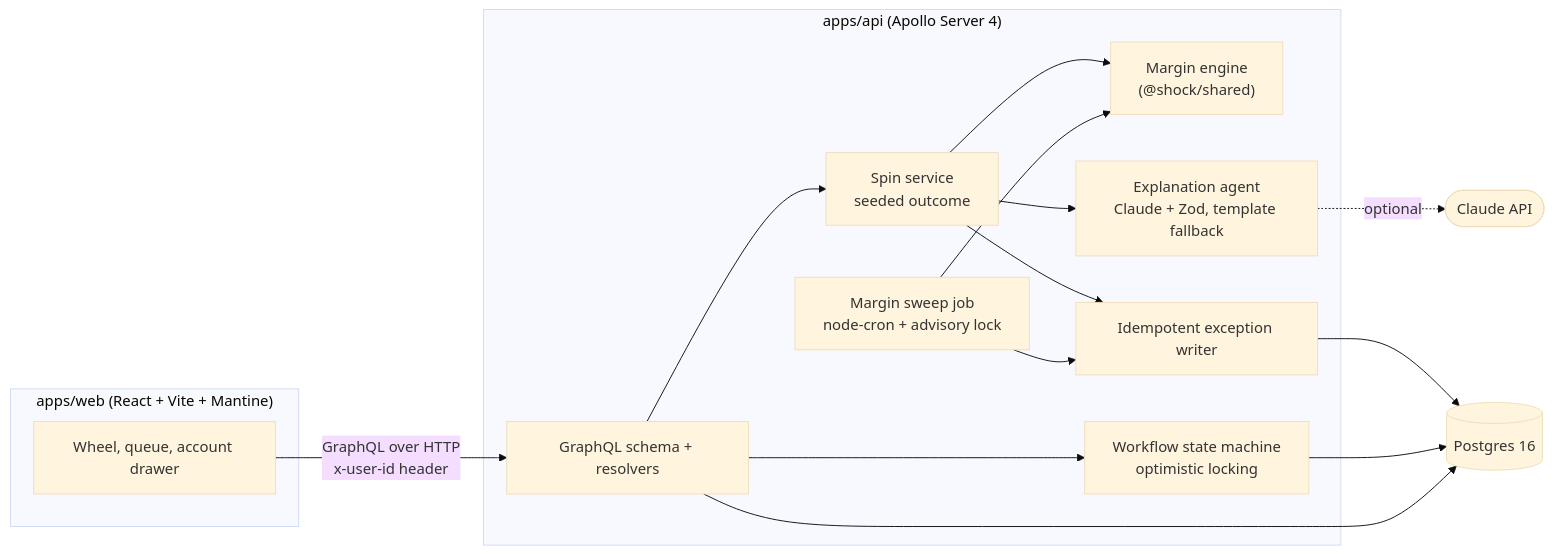
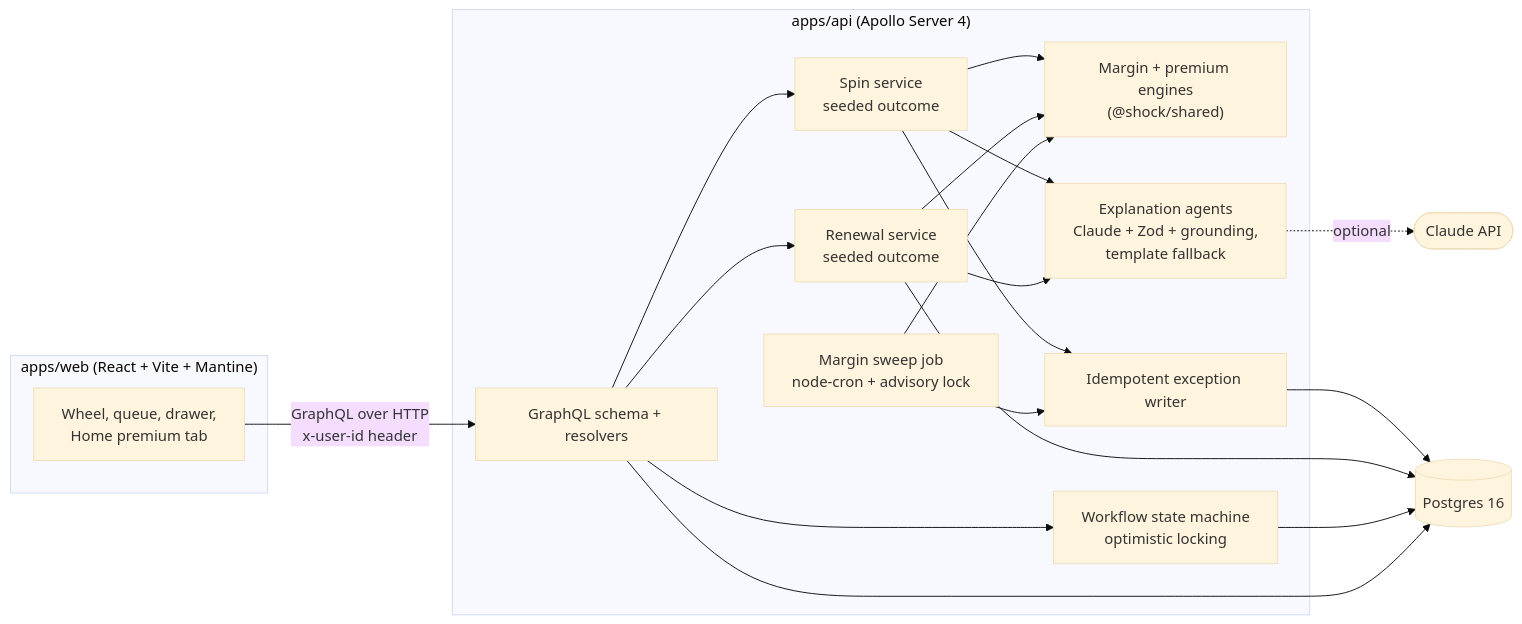
The diagram in README.md (Yohands123/shock-wheel), drawn with Mermaid (base theme) before and after one commit. The commit also changed other lines of this file, not shown here.

First line of the commit message:
README: Renewal roulette, premium engine, lock design and tests

````diff
--- a/README.md
+++ b/README.md
@@ -9,32 +11,37 @@
 ```mermaid
 flowchart LR
   subgraph web["apps/web (React + Vite + Mantine)"]
-    UI["Wheel, queue, account drawer"]
+    UI["Wheel, queue, drawer,<br/>Home premium tab"]
   end
 
   subgraph api["apps/api (Apollo Server 4)"]
     GQL["GraphQL schema + resolvers"]
     Spin["Spin service<br/>seeded outcome"]
-    Engine["Margin engine<br/>(@shock/shared)"]
+    Renewal["Renewal service<br/>seeded outcome"]
+    Engine["Margin + premium engines<br/>(@shock/shared)"]
     Writer["Idempotent exception writer"]
     Workflow["Workflow state machine<br/>optimistic locking"]
     Sweep["Margin sweep job<br/>node-cron + advisory lock"]
-    Agent["Explanation agent<br/>Claude + Zod, template fallback"]
+    Agent["Explanation agents<br/>Claude + Zod + grounding,<br/>template fallback"]
   end
 
   DB[("Postgres 16")]
   Claude(["Claude API"])
 
   UI -- "GraphQL over HTTP<br/>x-user-id header" --> GQL
   GQL --> Spin
+  GQL --> Renewal
   GQL --> Workflow
   Spin --> Engine
   Spin --> Agent
   Spin --> Writer
+  Renewal --> Engine
+  Renewal --> Agent
   Sweep --> Engine
   Sweep --> Writer
   Agent -. "optional" .-> Claude
   Writer --> DB
+  Renewal --> DB
   Workflow --> DB
   GQL --> DB
 ```
````
